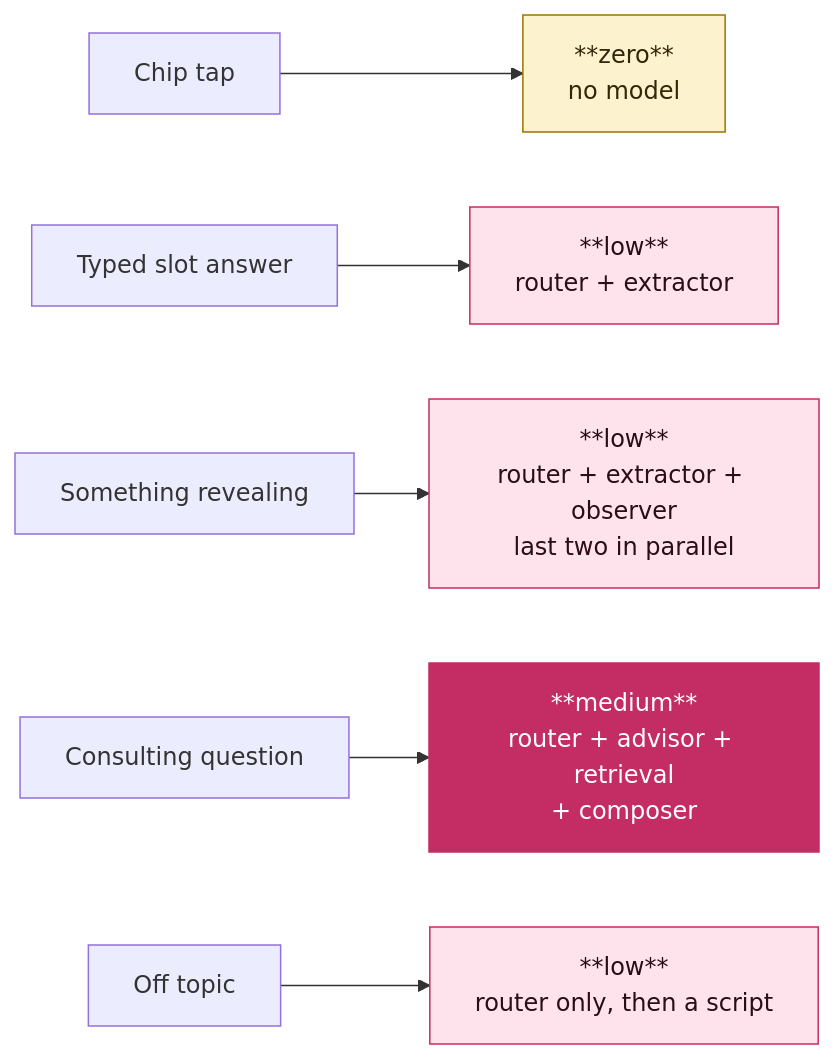
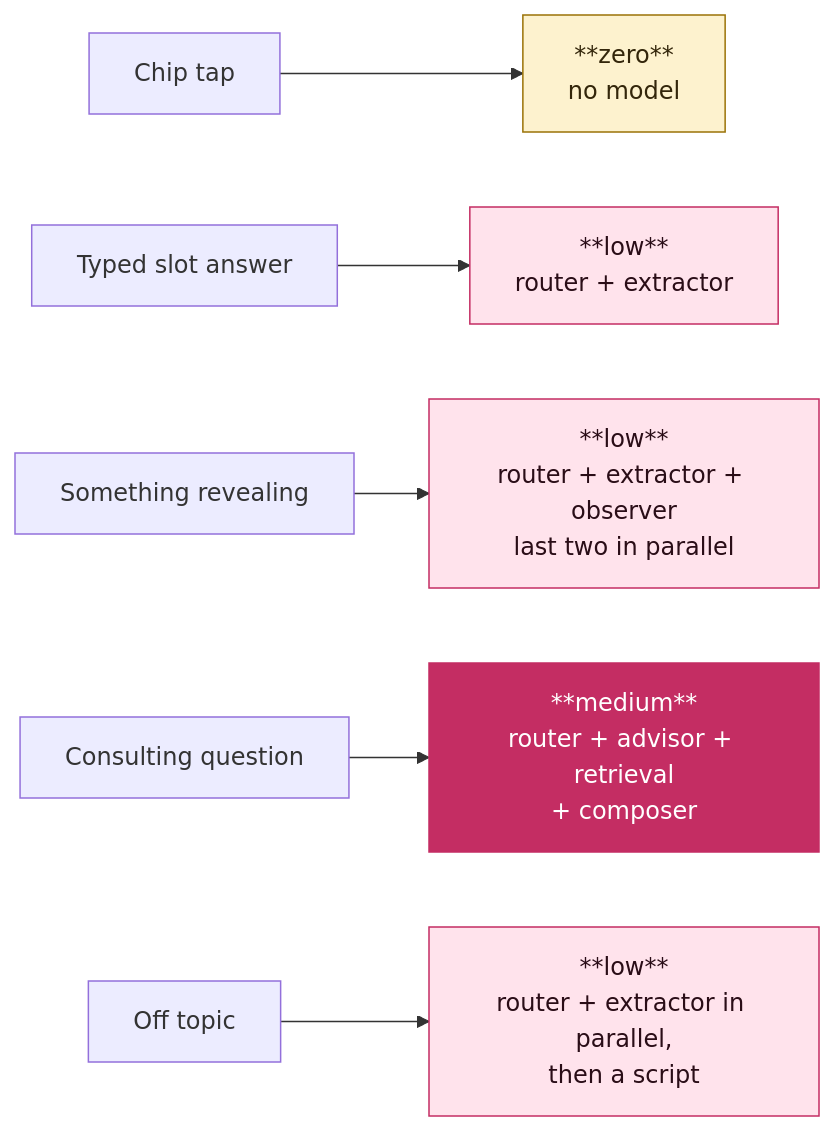
The second of 2 diagrams in docs/agent-architecture.md (magentawood/roomsie), drawn with Mermaid before and after one commit. The commit also changed other lines of this file and 11 other files, not shown here.

Commit message:
T-34: two parallel calls in PD7a and agent-architecture.md, no model call after the router in PD10 and scope-policy.md, a stated community preference follows PD3c, and the learn page of the router

````diff
--- a/docs/agent-architecture.md
+++ b/docs/agent-architecture.md
@@ -177,15 +177,15 @@
 ```mermaid
 flowchart LR
     A[Chip tap] --> A1["**zero**<br/>no model"]
     B[Typed slot answer] --> B1["**low**<br/>router + extractor"]
     C[Something revealing] --> C1["**low**<br/>router + extractor + observer<br/>last two in parallel"]
     D[Consulting question] --> D1["**medium**<br/>router + advisor + retrieval<br/>+ composer"]
-    E[Off topic] --> E1["**low**<br/>router only, then a script"]
+    E[Off topic] --> E1["**low**<br/>router + extractor in parallel,<br/>then a script"]
 
     classDef zero fill:#FDF2CE,stroke:#9A7206,color:#33260A
     classDef low fill:#FFE3EC,stroke:#C42D63,color:#2A0D17
     classDef med fill:#C42D63,stroke:#C42D63,color:#FFFFFF
     class A1 zero
     class B1,C1,E1 low
     class D1 med
 ```
````
